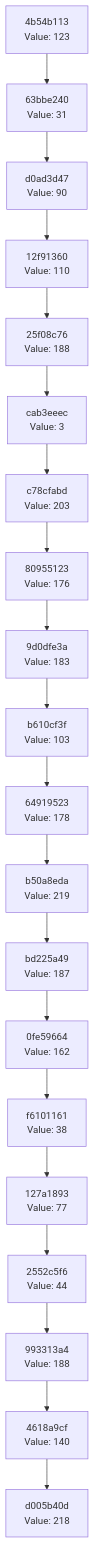
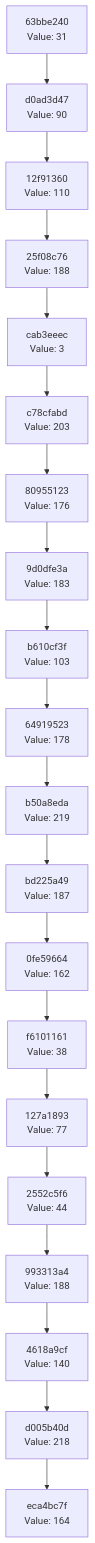
One commit to Abhisheksinha1506/hash-chain-evolver changed the diagram in docs/CHAIN_VISUALIZATION.md. Above: the diagram before and after it, drawn with Mermaid. The commit also changed 2 other files, not shown here.

Commit message:
Evolution Step

````diff
--- a/docs/CHAIN_VISUALIZATION.md
+++ b/docs/CHAIN_VISUALIZATION.md
@@ -3,42 +3,42 @@
 ```mermaid
 graph TD
-    C0["d005b40d<br/>Value: 218"]
-    C1["4618a9cf<br/>Value: 140"]
+    C0["eca4bc7f<br/>Value: 164"]
+    C1["d005b40d<br/>Value: 218"]
     C1 --> C0
-    C2["993313a4<br/>Value: 188"]
+    C2["4618a9cf<br/>Value: 140"]
     C2 --> C1
-    C3["2552c5f6<br/>Value: 44"]
+    C3["993313a4<br/>Value: 188"]
     C3 --> C2
-    C4["127a1893<br/>Value: 77"]
+    C4["2552c5f6<br/>Value: 44"]
     C4 --> C3
-    C5["f6101161<br/>Value: 38"]
+    C5["127a1893<br/>Value: 77"]
     C5 --> C4
-    C6["0fe59664<br/>Value: 162"]
+    C6["f6101161<br/>Value: 38"]
     C6 --> C5
-    C7["bd225a49<br/>Value: 187"]
+    C7["0fe59664<br/>Value: 162"]
     C7 --> C6
-    C8["b50a8eda<br/>Value: 219"]
+    C8["bd225a49<br/>Value: 187"]
     C8 --> C7
-    C9["64919523<br/>Value: 178"]
+    C9["b50a8eda<br/>Value: 219"]
     C9 --> C8
-    C10["b610cf3f<br/>Value: 103"]
+    C10["64919523<br/>Value: 178"]
     C10 --> C9
-    C11["9d0dfe3a<br/>Value: 183"]
+    C11["b610cf3f<br/>Value: 103"]
     C11 --> C10
-    C12["80955123<br/>Value: 176"]
+    C12["9d0dfe3a<br/>Value: 183"]
     C12 --> C11
-    C13["c78cfabd<br/>Value: 203"]
+    C13["80955123<br/>Value: 176"]
     C13 --> C12
-    C14["cab3eeec<br/>Value: 3"]
+    C14["c78cfabd<br/>Value: 203"]
     C14 --> C13
-    C15["25f08c76<br/>Value: 188"]
+    C15["cab3eeec<br/>Value: 3"]
     C15 --> C14
-    C16["12f91360<br/>Value: 110"]
+    C16["25f08c76<br/>Value: 188"]
     C16 --> C15
-    C17["d0ad3d47<br/>Value: 90"]
+    C17["12f91360<br/>Value: 110"]
     C17 --> C16
-    C18["63bbe240<br/>Value: 31"]
+    C18["d0ad3d47<br/>Value: 90"]
     C18 --> C17
-    C19["4b54b113<br/>Value: 123"]
+    C19["63bbe240<br/>Value: 31"]
     C19 --> C18
 ```
````
